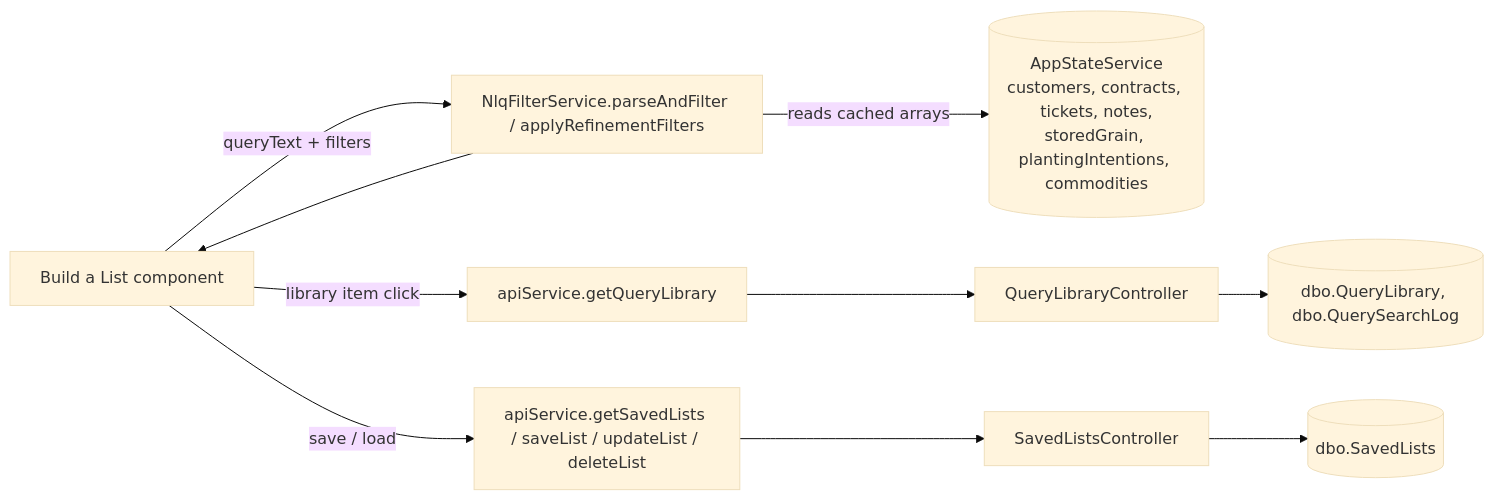
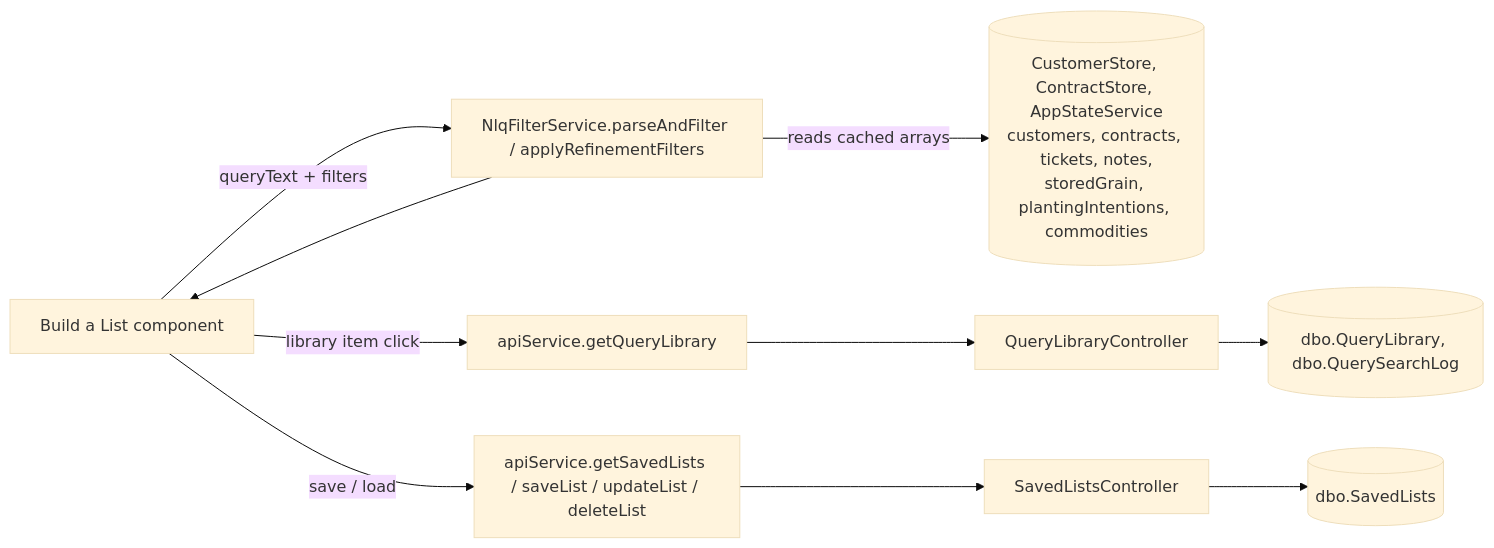
Before and after one commit to GrosseLimace/origination: the diagram in docs/application-context/Build a List.md, drawn with Mermaid (base theme). The commit also changed other lines of this file and 51 other files, not shown here.

First line of the commit message:
refactor(client): move contracts and tickets into the Contracts module

````diff
--- a/docs/application-context/Build a List.md
+++ b/docs/application-context/Build a List.md
@@ -35,18 +35,18 @@
 ```mermaid
 flowchart LR
     UI[Build a List component]
     NLQ[NlqFilterService.parseAndFilter / applyRefinementFilters]
-    State[(AppStateService<br/>customers, contracts, tickets, notes,<br/>storedGrain, plantingIntentions, commodities)]
+    State[(CustomerStore, ContractStore, AppStateService<br/>customers, contracts, tickets, notes,<br/>storedGrain, plantingIntentions, commodities)]
     Lib[apiService.getQueryLibrary]
     Saved[apiService.getSavedLists / saveList / updateList / deleteList]
 
     UI -- "queryText + filters" --> NLQ
     NLQ -- "reads cached arrays" --> State
     NLQ --> UI
     UI -- "library item click" --> Lib
     UI -- "save / load" --> Saved
     Lib --> QLC[QueryLibraryController]
     Saved --> SLC[SavedListsController]
     QLC --> DB[(dbo.QueryLibrary, dbo.QuerySearchLog)]
     SLC --> DB2[(dbo.SavedLists)]
 ```
````
